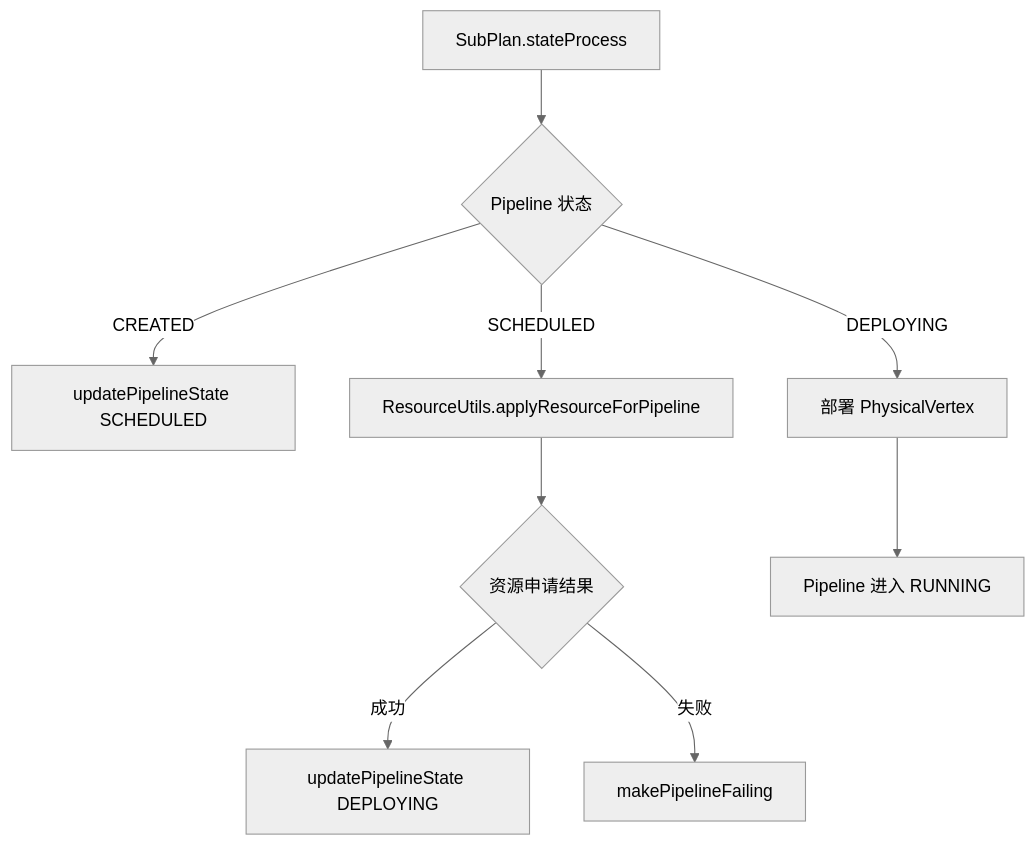
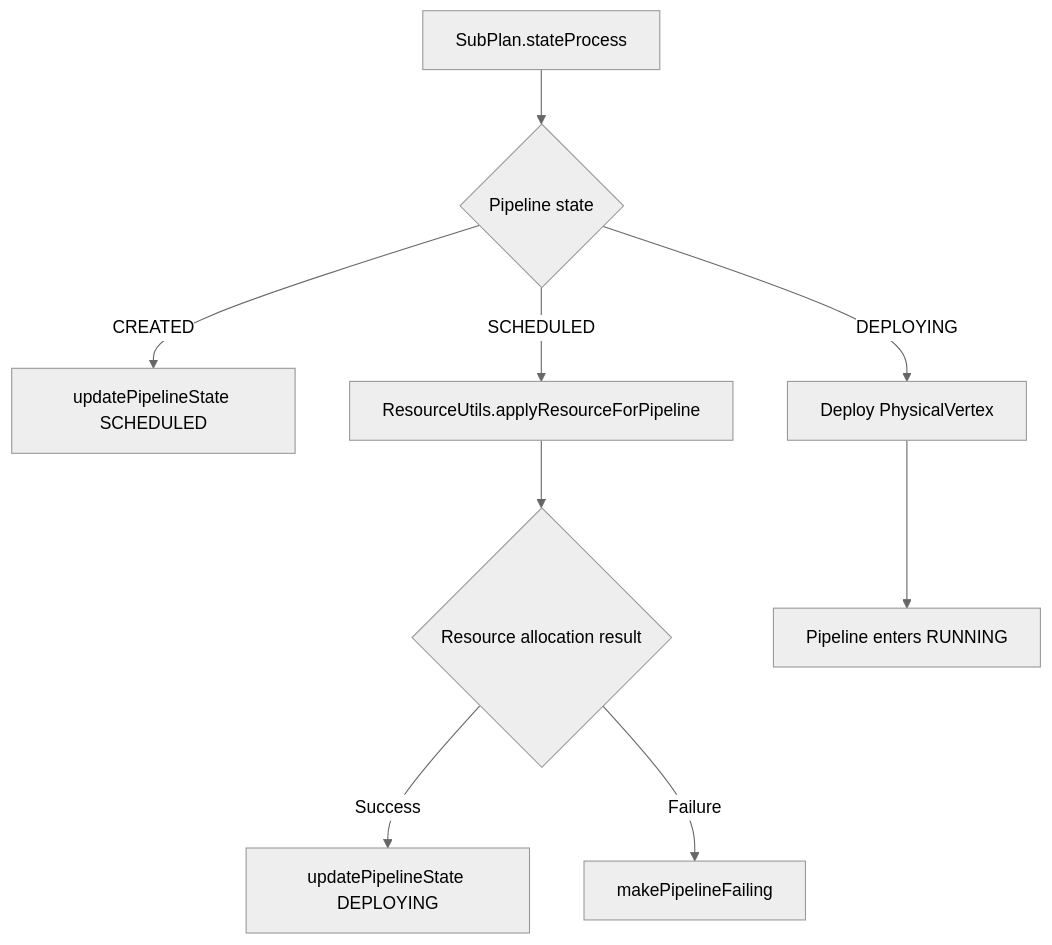
Before and after one commit to apache/seatunnel-website: the fourth of 7 diagrams in blog/2026-07-07-seatunnel-submit-job-flow.md, drawn with Mermaid (neutral theme). The commit also changed other lines of this file and 1 other file, not shown here.

Commit message:
[Blog] Add English translation for job submission flow

````diff
--- a/blog/2026-07-07-seatunnel-submit-job-flow.md
+++ b/blog/2026-07-07-seatunnel-submit-job-flow.md
@@ -150,11 +150,11 @@
 ```mermaid
 flowchart TD
-    A[SubPlan.stateProcess] --> B{Pipeline 状态}
+    A[SubPlan.stateProcess] --> B{Pipeline state}
     B -- CREATED --> C[updatePipelineState SCHEDULED]
     B -- SCHEDULED --> D[ResourceUtils.applyResourceForPipeline]
-    D --> E{资源申请结果}
-    E -- 成功 --> F[updatePipelineState DEPLOYING]
-    E -- 失败 --> G[makePipelineFailing]
-    B -- DEPLOYING --> H[部署 PhysicalVertex]
-    H --> I[Pipeline 进入 RUNNING]
+    D --> E{Resource allocation result}
+    E -- Success --> F[updatePipelineState DEPLOYING]
+    E -- Failure --> G[makePipelineFailing]
+    B -- DEPLOYING --> H[Deploy PhysicalVertex]
+    H --> I[Pipeline enters RUNNING]
 ```
````
